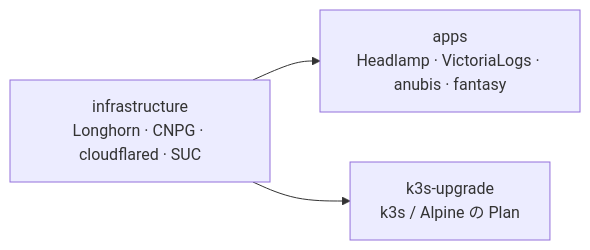
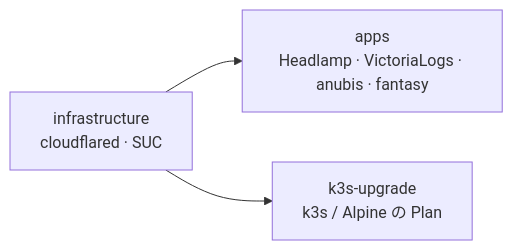
The second of 3 diagrams in README.md (tsuji-riya/lab), drawn with Mermaid before and after one commit. The commit also changed other lines of this file and 24 other files, not shown here.

First line of the commit message:
Longhorn と CNPG を消す

````diff
--- a/README.md
+++ b/README.md
@@ -72,8 +72,8 @@
 ```mermaid
 flowchart LR
-    infra["infrastructure<br/>Longhorn · CNPG · cloudflared · SUC"]
+    infra["infrastructure<br/>cloudflared · SUC"]
     apps["apps<br/>Headlamp · VictoriaLogs · anubis · fantasy"]
     up["k3s-upgrade<br/>k3s / Alpine の Plan"]
     infra --> apps
     infra --> up
 ```
````
